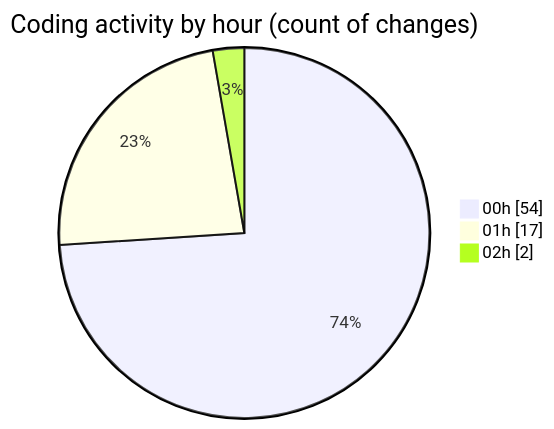
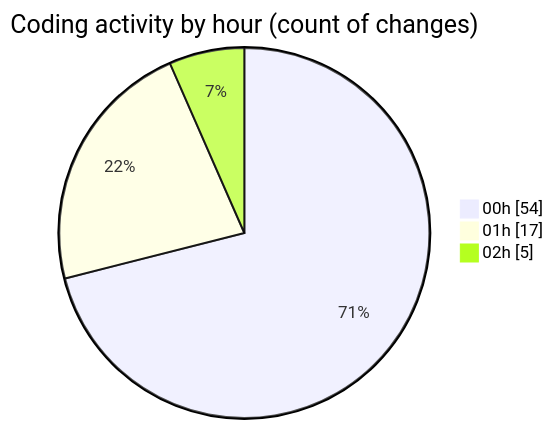
The second of 2 diagrams in 2025-07-26/quanlyrapchieuphim-1/README.md (lephambinh05/code-tracking), drawn with Mermaid before and after one commit. The commit also changed other lines of this file and 1 other file, not shown here.

````diff
--- a/2025-07-26/quanlyrapchieuphim-1/README.md
+++ b/2025-07-26/quanlyrapchieuphim-1/README.md
@@ -34,7 +34,7 @@
 ```mermaid
 pie showData
 title Coding activity by hour (count of changes)
 "00h" : 54
 "01h" : 17
-"02h" : 2
+"02h" : 5
 ```
````
